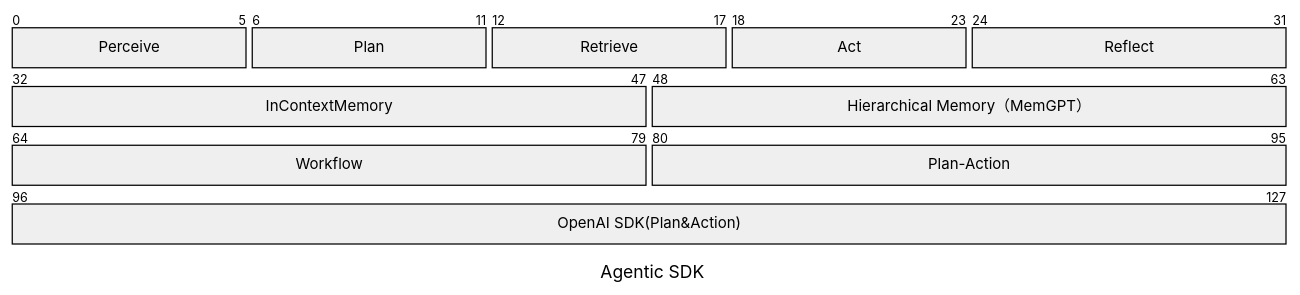
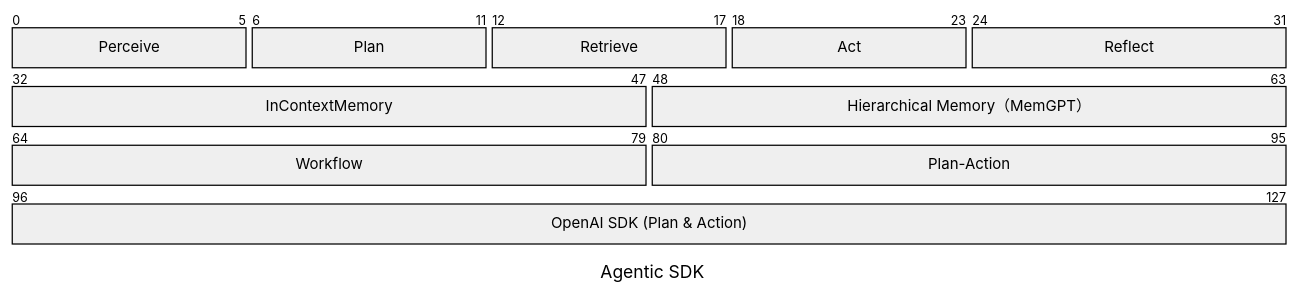
The first of 2 diagrams in profile/README.md (MarkovChenITRI/.github), drawn with Mermaid before and after one commit.

````diff
--- a/profile/README.md
+++ b/profile/README.md
@@ -20,16 +20,16 @@
 ```mermaid
 ---
 title: Agentic SDK
 ---
 packet
 0-5: "Perceive"
 6-11: "Plan"
 12-17: "Retrieve"
 18-23: "Act"
 24-31: "Reflect"
 32-47: "InContextMemory"
 48-63: "Hierarchical Memory（MemGPT）"
 64-79: "Workflow"
 80-95: "Plan-Action"
-96-127: "OpenAI SDK(Plan&Action)"
+96-127: "OpenAI SDK (Plan & Action)"
 ```
````
